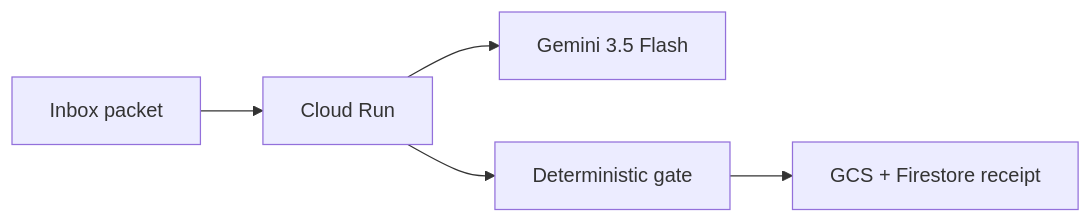
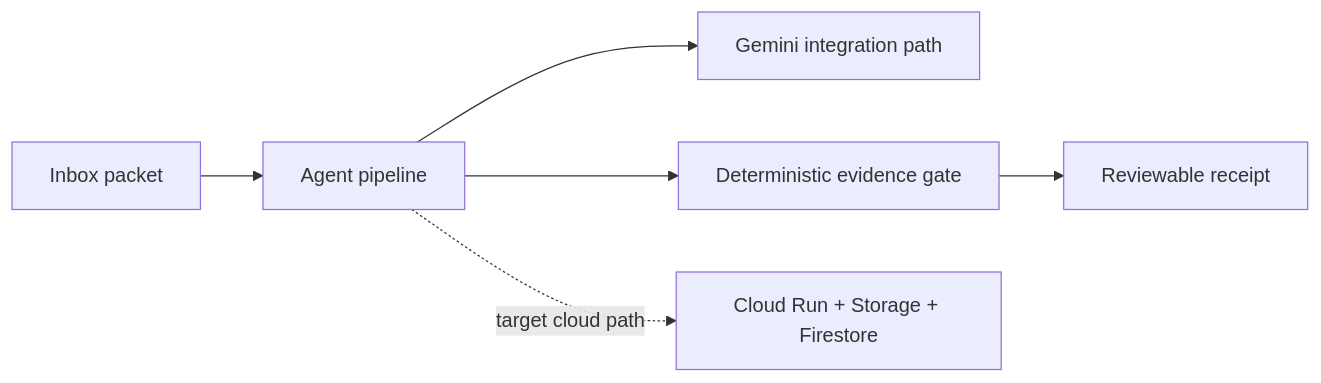
One commit to ttthkim-hue/night-clerk changed the diagram in README.md. Above: the diagram before and after it, drawn with Mermaid. The commit also changed other lines of this file, not shown here.

Commit message:
Clarify public evidence and deployment status

````diff
--- a/README.md
+++ b/README.md
@@ -31,7 +35,8 @@
 ```mermaid
 flowchart LR
-    Inbox[Inbox packet] --> Run[Cloud Run]
-    Run --> Gemini[Gemini 3.5 Flash]
-    Run --> Gate[Deterministic gate]
-    Gate --> Receipt[GCS + Firestore receipt]
+    Inbox[Inbox packet] --> Agent[Agent pipeline]
+    Agent --> Gemini[Gemini integration path]
+    Agent --> Gate[Deterministic evidence gate]
+    Gate --> Receipt[Reviewable receipt]
+    Agent -. target cloud path .-> Cloud[Cloud Run + Storage + Firestore]
 ```
````
